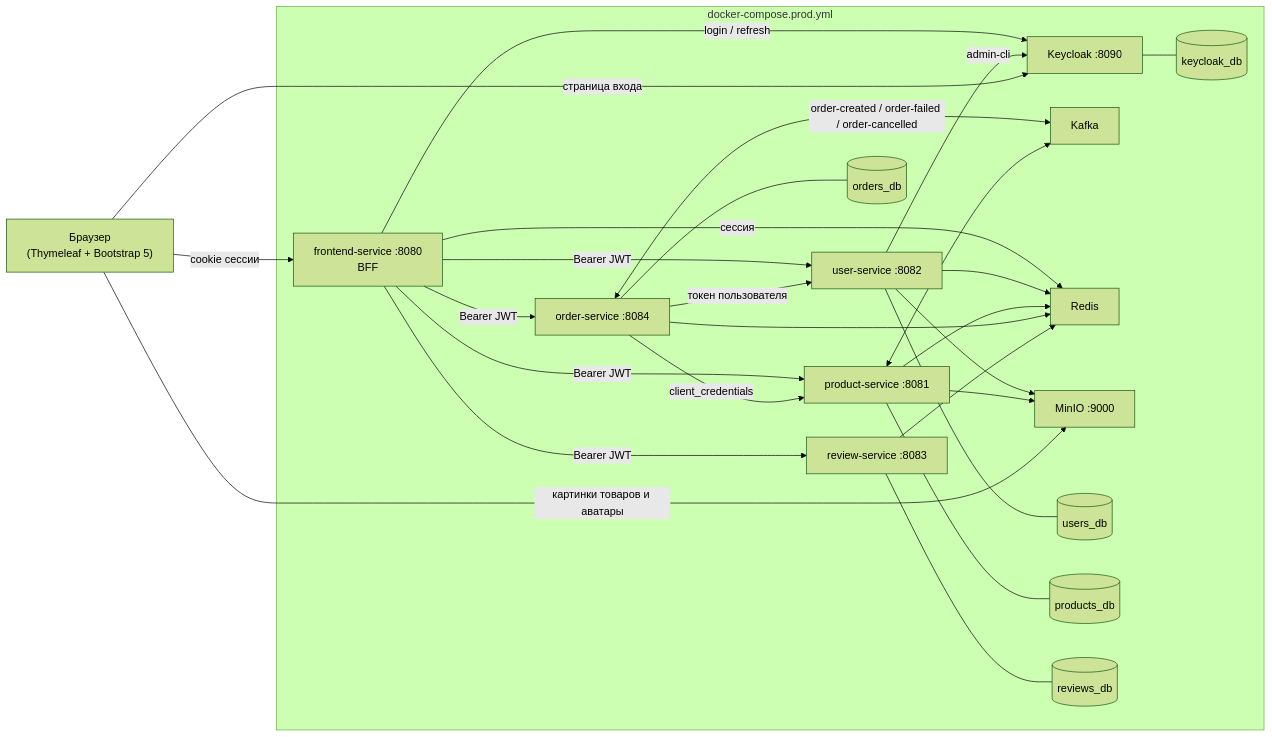
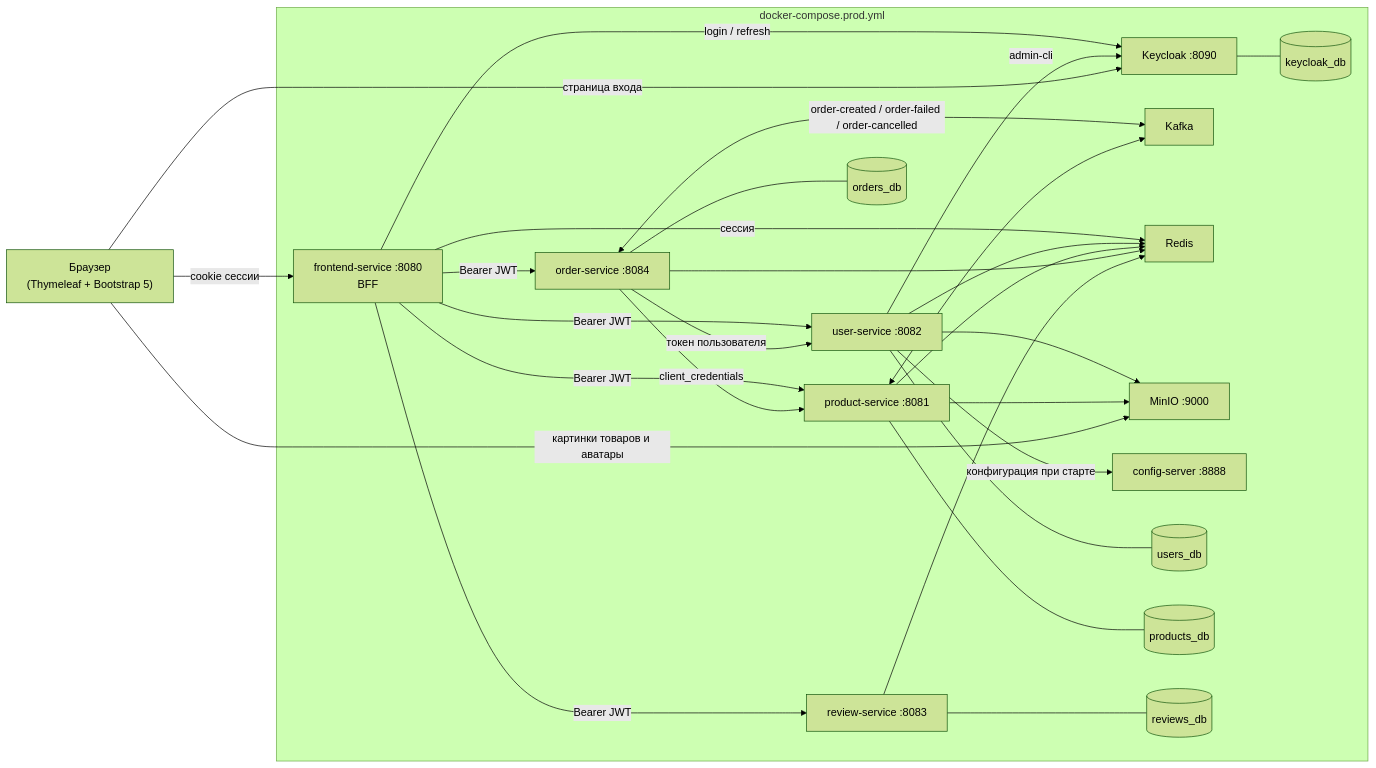
One commit to cvvexx/Merchly changed the first of 3 diagrams in README.md. Above: the diagram before and after it, drawn with Mermaid (forest theme). The commit also changed other lines of this file and 16 other files, not shown here.

````diff
--- a/README.md
+++ b/README.md
@@ -42,47 +42,50 @@
 ```mermaid
 flowchart LR
     Browser["Браузер<br/>(Thymeleaf + Bootstrap 5)"] -->|"cookie сессии"| FE
 
     subgraph Compose["docker-compose.prod.yml"]
         FE["frontend-service :8080<br/>BFF"]
         US["user-service :8082"]
         PS["product-service :8081"]
         OS["order-service :8084"]
         RS["review-service :8083"]
         KC["Keycloak :8090"]
         KAFKA["Kafka"]
         REDIS["Redis"]
         MINIO["MinIO :9000"]
 
         FE -->|"Bearer JWT"| US
         FE -->|"Bearer JWT"| PS
         FE -->|"Bearer JWT"| OS
         FE -->|"Bearer JWT"| RS
         FE -->|"сессия"| REDIS
         FE -->|"login / refresh"| KC
 
         OS -->|"client_credentials"| PS
         OS -->|"токен пользователя"| US
         OS <-->|"order-created / order-failed / order-cancelled"| KAFKA
         PS <--> KAFKA
 
         US --> REDIS
         PS --> REDIS
         OS --> REDIS
         RS --> REDIS
 
         US --> MINIO
         PS --> MINIO
 
         US -->|"admin-cli"| KC
 
+        CS["config-server :8888"]
+        US -->|"конфигурация при старте"| CS
+
         US --- USDB[("users_db")]
         PS --- PSDB[("products_db")]
         OS --- OSDB[("orders_db")]
         RS --- RSDB[("reviews_db")]
         KC --- KCDB[("keycloak_db")]
     end
 
     Browser -->|"картинки товаров и аватары"| MINIO
     Browser -->|"страница входа"| KC
 ```
````
